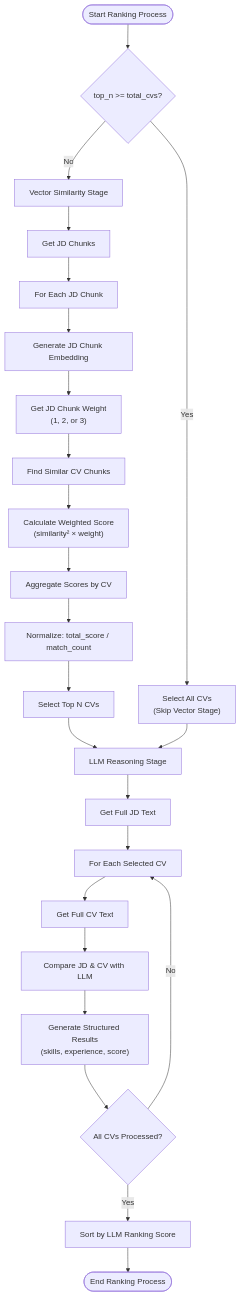
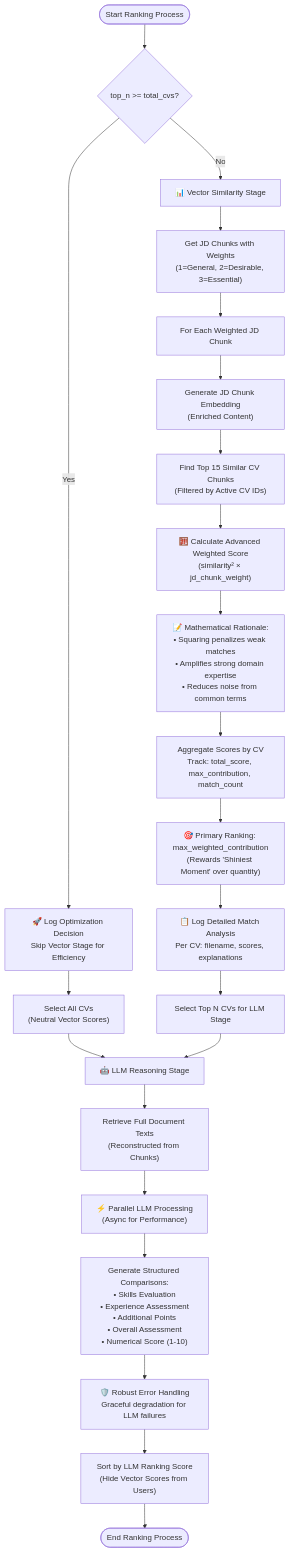
Before and after one commit to PranavAikkara/emergencyrepoSR: the sixth of 9 diagrams in design_and_architecture/architecture.md, drawn with Mermaid. The commit also changed other lines of this file and 15 other files, not shown here.

````diff
--- a/design_and_architecture/architecture.md
+++ b/design_and_architecture/architecture.md
@@ -243,33 +285,33 @@
 ```mermaid
 graph TD
     Start([Start Ranking Process]) --> CheckOptimization{top_n >= total_cvs?}
     
+    %% Optimization Path
+    CheckOptimization -->|Yes| LogOptimization["🚀 Log Optimization Decision<br/>Skip Vector Stage for Efficiency"]
+    LogOptimization --> SelectAll["Select All CVs<br/>(Neutral Vector Scores)"]
+    
     %% Vector Similarity Stage
-    CheckOptimization -->|No| VectorStage[Vector Similarity Stage]
-    VectorStage --> GetJDChunks[Get JD Chunks]
-    GetJDChunks --> ChunkLoop[For Each JD Chunk]
-    ChunkLoop --> GetEmbedding[Generate JD Chunk Embedding]
-    GetEmbedding --> GetWeight["Get JD Chunk Weight<br/>(1, 2, or 3)"]
-    GetWeight --> FindSimilar[Find Similar CV Chunks]
-    FindSimilar --> CalcScore["Calculate Weighted Score<br/>(similarity² × weight)"]
-    CalcScore --> AggregateByCV[Aggregate Scores by CV]
-    AggregateByCV --> NormalizeScores[Normalize: total_score / match_count]
-    NormalizeScores --> SelectTopN[Select Top N CVs]
+    CheckOptimization -->|No| VectorStage["📊 Vector Similarity Stage"]
+    VectorStage --> GetWeightedJDChunks["Get JD Chunks with Weights<br/>(1=General, 2=Desirable, 3=Essential)"]
+    GetWeightedJDChunks --> ChunkLoop["For Each Weighted JD Chunk"]
+    ChunkLoop --> GetEmbedding["Generate JD Chunk Embedding<br/>(Enriched Content)"]
+    GetEmbedding --> FindSimilar["Find Top 15 Similar CV Chunks<br/>(Filtered by Active CV IDs)"]
+    FindSimilar --> CalcAdvancedScore["🧮 Calculate Advanced Weighted Score<br/>(similarity² × jd_chunk_weight)"]
     
-    %% Skip Vector Stage
-    CheckOptimization -->|Yes| SelectAll["Select All CVs<br/>(Skip Vector Stage)"]
+    CalcAdvancedScore --> ExplainFormula["📝 Mathematical Rationale:<br/>• Squaring penalizes weak matches<br/>• Amplifies strong domain expertise<br/>• Reduces noise from common terms"]
+    ExplainFormula --> AggregateByCV["Aggregate Scores by CV<br/>Track: total_score, max_contribution, match_count"]
+    AggregateByCV --> UseMaxContribution["🎯 Primary Ranking: max_weighted_contribution<br/>(Rewards 'Shiniest Moment' over quantity)"]
+    UseMaxContribution --> DetailedLogging["📋 Log Detailed Match Analysis<br/>Per CV: filename, scores, explanations"]
+    DetailedLogging --> SelectTopN["Select Top N CVs for LLM Stage"]
     
     %% LLM Reasoning Stage
-    SelectTopN --> LLMStage[LLM Reasoning Stage]
-    SelectAll --> LLMStage
-    LLMStage --> GetFullJD[Get Full JD Text]
-    GetFullJD --> CVLoop[For Each Selected CV]
-    CVLoop --> GetFullCV[Get Full CV Text]
-    GetFullCV --> CompareDocs[Compare JD & CV with LLM]
-    CompareDocs --> GenerateResults["Generate Structured Results<br/>(skills, experience, score)"]
-    GenerateResults --> AllProcessed{All CVs Processed?}
-    AllProcessed -->|No| CVLoop
-    AllProcessed -->|Yes| SortResults[Sort by LLM Ranking Score]
-    SortResults --> End([End Ranking Process])
+    SelectAll --> LLMStage["🤖 LLM Reasoning Stage"]
+    SelectTopN --> LLMStage
+    LLMStage --> GetFullTexts["Retrieve Full Document Texts<br/>(Reconstructed from Chunks)"]
+    GetFullTexts --> ParallelLLM["⚡ Parallel LLM Processing<br/>(Async for Performance)"]
+    ParallelLLM --> StructuredComparison["Generate Structured Comparisons:<br/>• Skills Evaluation<br/>• Experience Assessment<br/>• Additional Points<br/>• Overall Assessment<br/>• Numerical Score (1-10)"]
+    StructuredComparison --> ErrorHandling["🛡️ Robust Error Handling<br/>Graceful degradation for LLM failures"]
+    ErrorHandling --> FinalSort["Sort by LLM Ranking Score<br/>(Hide Vector Scores from Users)"]
+    FinalSort --> End([End Ranking Process])
    
 ```
````
